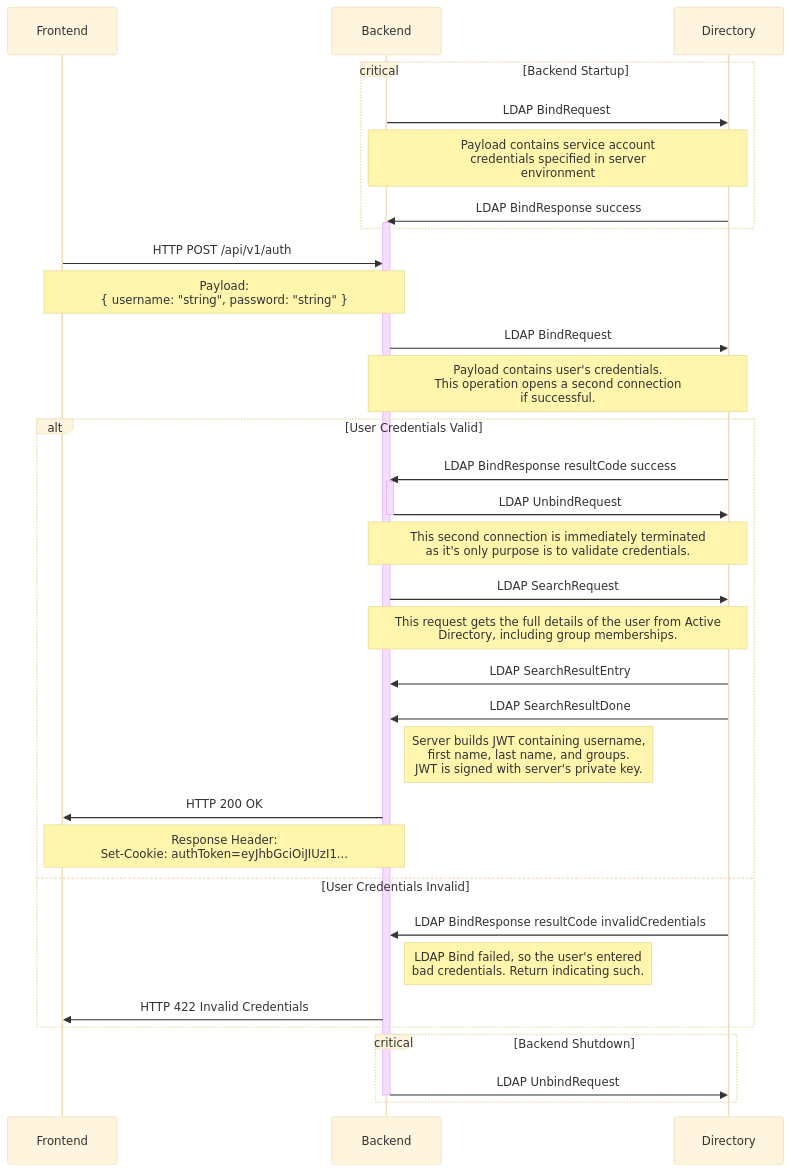
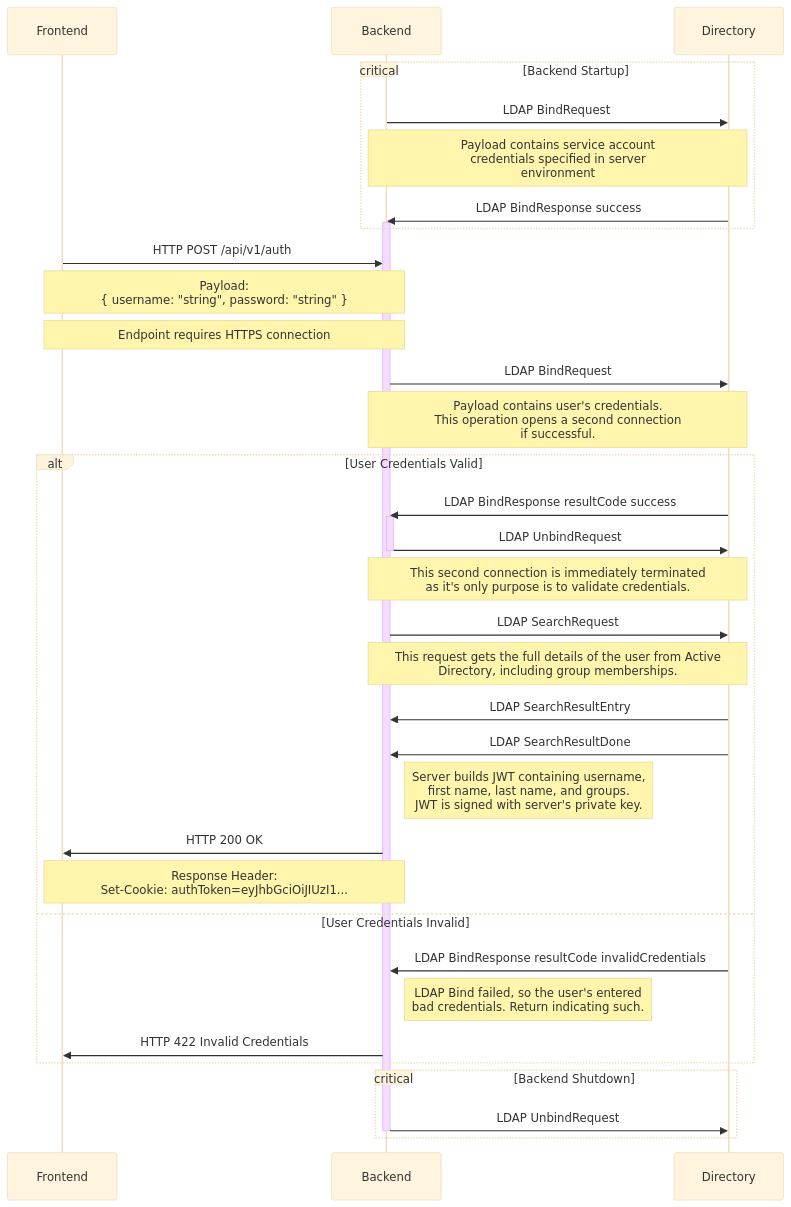
Before and after one commit to OptionsIRCIL/indigo: the diagram in diagram/authVend.mmd, drawn with Mermaid (base theme).

Commit message:
Add HTTPS note

```diff
--- a/diagram/authVend.mmd
+++ b/diagram/authVend.mmd
@@ -1,50 +1,51 @@
 sequenceDiagram
     participant f as Frontend
     participant b as Backend
     participant d as Directory
 
     critical Backend Startup
 
         b ->> d: LDAP BindRequest
         note over b,d: Payload contains service account<br>credentials specified in server<br>environment
         d ->> b: LDAP BindResponse success
         activate b
 
     end
 
     f ->> b: HTTP POST #47;api#47;v1#47;auth
     note over f,b: Payload:<br/>{ username: "string", password: "string" }
+    note over f,b: Endpoint requires HTTPS connection
 
     b ->> d: LDAP BindRequest
     note over b,d: Payload contains user's credentials.<br>This operation opens a second connection<br>if successful.
 
     alt User Credentials Valid
 
         d ->> b: LDAP BindResponse resultCode success
         activate b
         b ->> d: LDAP UnbindRequest
         deactivate b
         note over b,d: This second connection is immediately terminated<br>as it's only purpose is to validate credentials.
         b ->> d: LDAP SearchRequest
         note over b,d: This request gets the full details of the user from Active<br>Directory, including group memberships.
         d ->> b: LDAP SearchResultEntry
         d ->> b: LDAP SearchResultDone
         note right of b: Server builds JWT containing username,<br>first name, last name, and groups.<br>JWT is signed with server's private key.
         b ->> f: HTTP 200 OK
         note over b,f: Response Header:<br>Set-Cookie: authToken=eyJhbGciOiJIUzI1...
 
     else User Credentials Invalid
 
         d ->> b: LDAP BindResponse resultCode invalidCredentials
         note right of b: LDAP Bind failed, so the user's entered<br>bad credentials. Return indicating such.
         b ->> f: HTTP 422 Invalid Credentials
 
     end
 
     critical Backend Shutdown
 
         b ->> d: LDAP UnbindRequest
     
     deactivate b
     
     end
```
